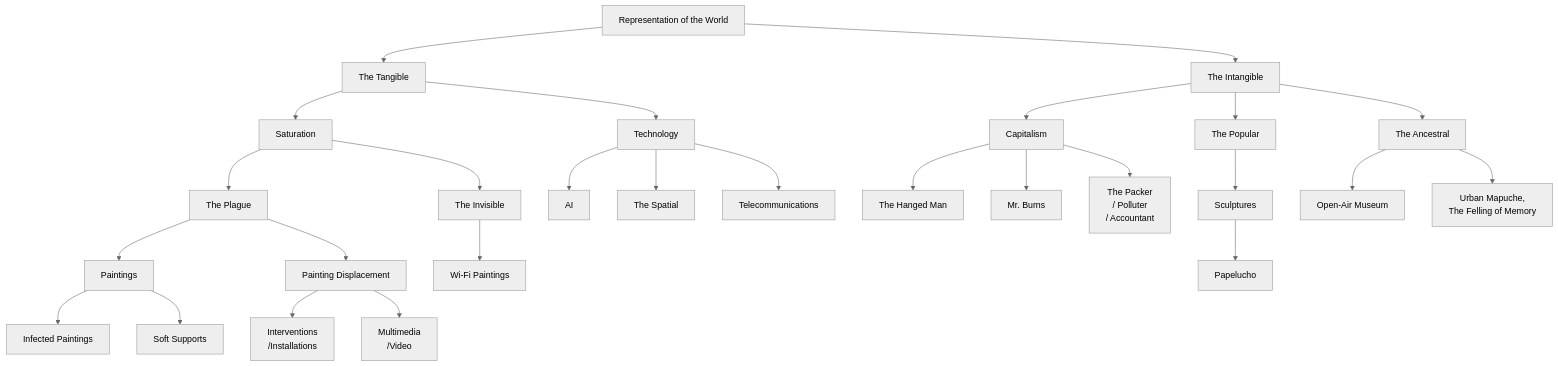
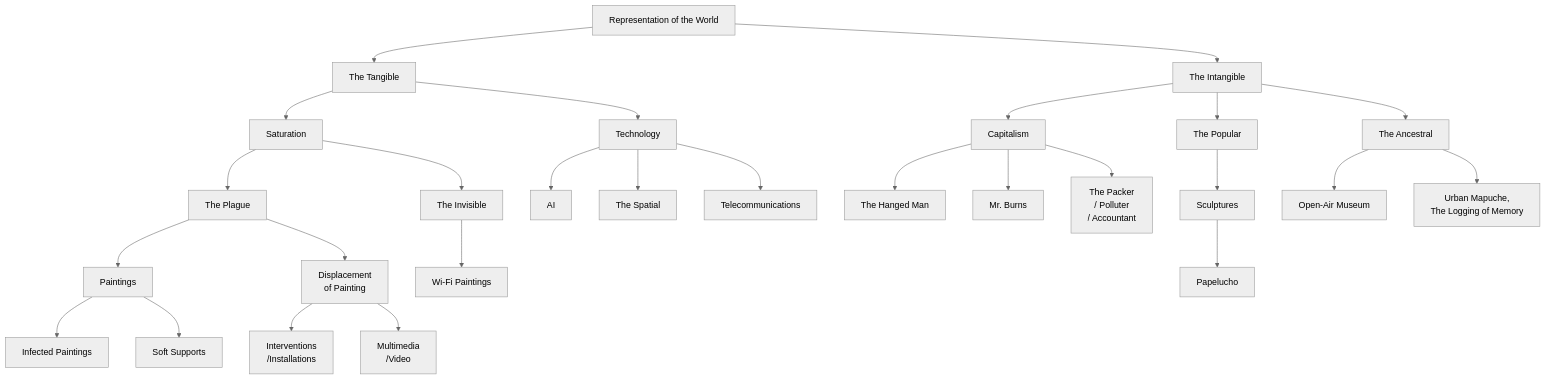
Before and after one commit to EGGS-Artesvisuales/EGGS-Artesvisuales.github.io: the first of 3 diagrams in EN/work-diagram.md, drawn with Mermaid (neutral theme). The commit also changed other lines of this file, not shown here.

```diff
--- a/EN/work-diagram.md
+++ b/EN/work-diagram.md
@@ -26,67 +21,62 @@
-  <div class="mermaid">
-    graph TD
-      A[Representation of the World] --> A1[The Tangible]
-      A --> A2[The Intangible]
+<div class="mermaid">
+  graph TD
+    A[Representation of the World] --> A1[The Tangible]
+    A --> A2[The Intangible]
 
-      A1 --> A1a[Saturation]
-      A1a --> A1a1[The Plague]
-      A1a1 --> A1a1a[Paintings]
-      A1a1a --> A1a1a1[Infected Paintings]
-      A1a1a --> A1a1a2[Soft Supports]
-      A1a1 --> A1a1b[Painting Displacement]
-      A1a1b --> A1a1b1[Interventions
- /Installations]
-      A1a1b --> A1a1b2[Multimedia 
-/Video]
-      A1a --> A1a2[The Invisible]
-      A1a2 --> A1a2a[Wi-Fi Paintings]
+    A1 --> A1a[Saturation]
+    A1a --> A1a1[The Plague]
+    A1a1 --> A1a1a[Paintings]
+    A1a1a --> A1a1a1[Infected Paintings]
+    A1a1a --> A1a1a2[Soft Supports]
+    A1a1 --> A1a1b[Displacement\n of Painting]
+    A1a1b --> A1a1b1[Interventions\n /Installations]
+    A1a1b --> A1a1b2[Multimedia\n /Video]
+    A1a --> A1a2[The Invisible]
+    A1a2 --> A1a2a[Wi-Fi Paintings]
 
-      A1 --> A1b[Technology]
-      A1b --> A1b1[AI]
-      A1b --> A1b2[The Spatial]
-      A1b --> A1b3[Telecommunications]
+    A1 --> A1b[Technology]
+    A1b --> A1b1[AI]
+    A1b --> A1b2[The Spatial]
+    A1b --> A1b3[Telecommunications]
 
-      A2 --> A2a[Capitalism]
-      A2a --> A2a1[The Hanged Man]
-      A2a --> A2a2[Mr. Burns]
-      A2a --> A2a3[The Packer
- / Polluter
- / Accountant]
+    A2 --> A2a[Capitalism]
+    A2a --> A2a1[The Hanged Man]
+    A2a --> A2a2[Mr. Burns]
+    A2a --> A2a3[The Packer\n / Polluter\n / Accountant]
 
-      A2 --> A2b[The Popular]
-      A2b --> A2b1[Sculptures]
-      A2b1 --> A2b1a[Papelucho]
+    A2 --> A2b[The Popular]
+    A2b --> A2b1[Sculptures]
+    A2b1 --> A2b1a[Papelucho]
 
-      A2 --> A2c[The Ancestral]
-      A2c --> A2c1[Open-Air Museum]
-      A2c --> A2c2[Urban Mapuche,
- The Felling of Memory]
+    A2 --> A2c[The Ancestral]
+    A2c --> A2c1[Open-Air Museum]
+    A2c --> A2c2[Urban Mapuche,\n The Logging of Memory]
 
-      click A "world-representation.html" "Go to Representation of the World"
-      click A1 "tangible.html" "Go to The Tangible"
-      click A1a "/saturation.html" "Go to Saturation"
-      click A1a1 "/the-plague.html" "Go to The Plague"
-      click A1a1a "/paintings.html" "Go to Paintings"
-      click A1a1a1 "/infected-paintings.html" "Go to Infected Paintings"
-      click A1a1a2 "/soft-supports.html" "Go to Soft Supports"
-      click A1a1b "/painting-displacement.html" "Go to Painting Displacement"
-      click A1a1b1 "/interventions-installations.html" "Go to Interventions/Installations"
-      click A1a1b2 "/multimedia-video.html" "Go to Multimedia/Video"
-      click A1a2 "/the-invisible.html" "Go to The Invisible"
-      click A1a2a "/wifi-paintings.html" "Go to Wi-Fi Paintings"
-      click A1b "/technology.html" "Go to Technology"
-      click A1b1 "/ai.html" "Go to AI"
-      click A1b2 "/the-spatial.html" "Go to The Spatial"
-      click A1b3 "/telecommunications.html" "Go to Telecommunications"
-      click A2 "intangible.html" "Go to The Intangible"
-      click A2a "/capitalism.html" "Go to Capitalism"
-      click A2a1 "/the-hanged-man.html" "Go to The Hanged Man"
-      click A2a2 "/mr-burns.html" "Go to Mr. Burns"
-      click A2a3 "/the-packer.html" "Go to The Packer"
-      click A2b "/the-popular.html" "Go to The Popular"
-      click A2b1 "/sculptures.html" "Go to Sculptures"
-      click A2b1a "/papelucho.html" "Go to Papelucho"
-      click A2c "/the-ancestral.html" "Go to The Ancestral"
-      click A2c1 "/open-air-museum.html" "Go to Open-Air Museum"
-      click A2c2 "/urban-mapuche.html" "Go to Urban Mapuche"
-  </div>
+    click A "world-representation.html" "Go to Representation of the World"
+    click A1 "tangible.html" "Go to The Tangible"
+    click A1a "/saturation.html" "Go to Saturation"
+    click A1a1 "/the-plague.html" "Go to The Plague"
+    click A1a1a "/paintings.html" "Go to Paintings"
+    click A1a1a1 "/infected-paintings.html" "Go to Infected Paintings"
+    click A1a1a2 "/soft-supports.html" "Go to Soft Supports"
+    click A1a1b "/displacement-of-painting.html" "Go to Displacement of Painting"
+    click A1a1b1 "/interventions-installations.html" "Go to Interventions/Installations"
+    click A1a1b2 "/multimedia-video.html" "Go to Multimedia/Video"
+    click A1a2 "/the-invisible.html" "Go to The Invisible"
+    click A1a2a "/wifi-paintings.html" "Go to Wi-Fi Paintings"
+    click A1b "/technology.html" "Go to Technology"
+    click A1b1 "/ai.html" "Go to AI"
+    click A1b2 "/the-spatial.html" "Go to The Spatial"
+    click A1b3 "/telecommunications.html" "Go to Telecommunications"
+    click A2 "intangible.html" "Go to The Intangible"
+    click A2a "/capitalism.html" "Go to Capitalism"
+    click A2a1 "/the-hanged-man.html" "Go to The Hanged Man"
+    click A2a2 "/mr-burns.html" "Go to Mr. Burns"
+    click A2a3 "/the-packer.html" "Go to The Packer"
+    click A2b "/the-popular.html" "Go to The Popular"
+    click A2b1 "/sculptures.html" "Go to Sculptures"
+    click A2b1a "/papelucho.html" "Go to Papelucho"
+    click A2c "/the-ancestral.html" "Go to The Ancestral"
+    click A2c1 "/open-air-museum.html" "Go to Open-Air Museum"
+    click A2c2 "/urban-mapuche.html" "Go to Urban Mapuche"
+</div>
```
